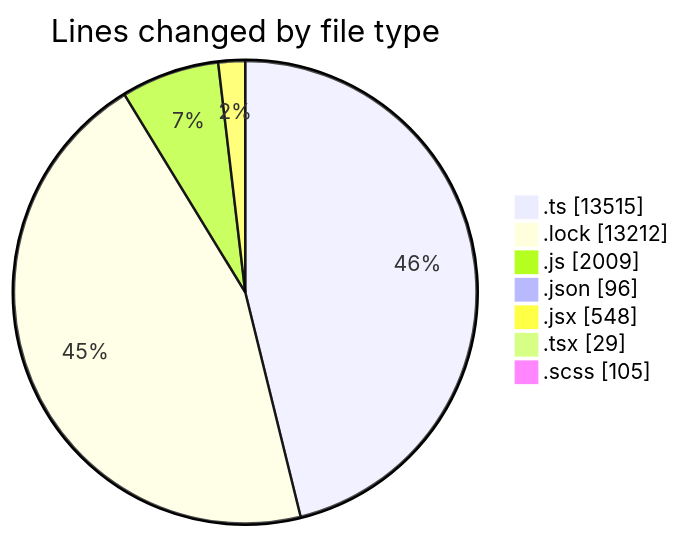
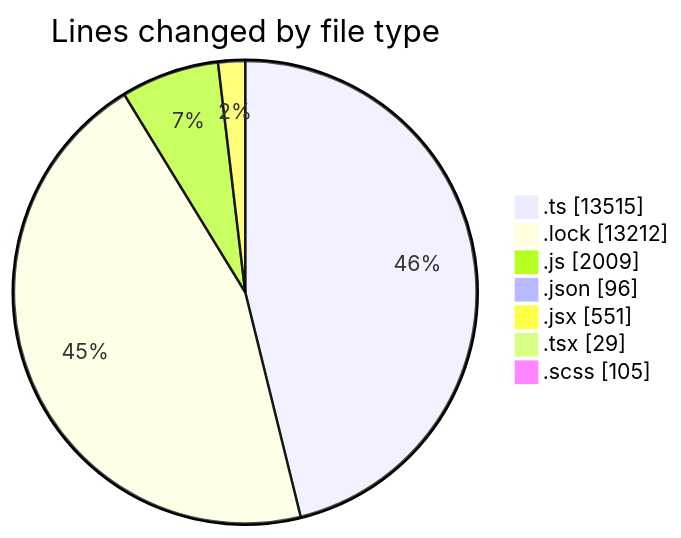
Before and after one commit to momahboobian/code-tracking: the first of 2 diagrams in 2025-05-16/cda/README.md, drawn with Mermaid. The commit also changed other lines of this file and 1 other file, not shown here.

````diff
--- a/2025-05-16/cda/README.md
+++ b/2025-05-16/cda/README.md
@@ -38,11 +38,11 @@
 ```mermaid
 pie showData
 title Lines changed by file type
 ".ts" : 13515
 ".lock" : 13212
 ".js" : 2009
 ".json" : 96
-".jsx" : 548
+".jsx" : 551
 ".tsx" : 29
 ".scss" : 105
 ```
````
